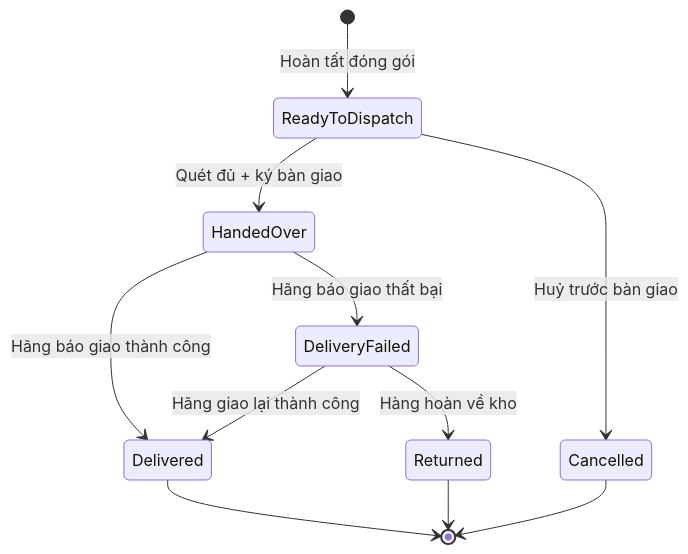
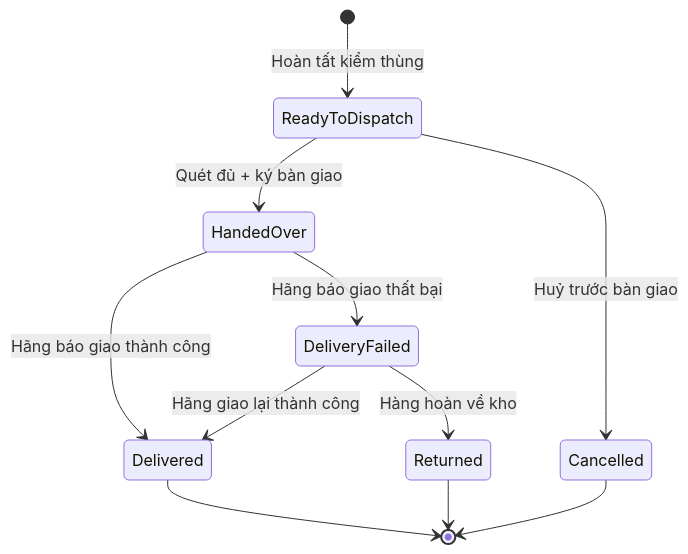
The first of 3 diagrams in docs/warehouse/09-shipping/README.md (KLTN-FA26/docs), drawn with Mermaid before and after one commit. The commit also changed other lines of this file and 26 other files, not shown here.

````diff
--- a/docs/warehouse/09-shipping/README.md
+++ b/docs/warehouse/09-shipping/README.md
@@ -226,13 +239,13 @@
 ```mermaid
 stateDiagram-v2
-    [*] --> ReadyToDispatch: Hoàn tất đóng gói
+    [*] --> ReadyToDispatch: Hoàn tất kiểm thùng
     ReadyToDispatch --> HandedOver: Quét đủ + ký bàn giao
     ReadyToDispatch --> Cancelled: Huỷ trước bàn giao
     HandedOver --> Delivered: Hãng báo giao thành công
     HandedOver --> DeliveryFailed: Hãng báo giao thất bại
     DeliveryFailed --> Delivered: Hãng giao lại thành công
     DeliveryFailed --> Returned: Hàng hoàn về kho
     Delivered --> [*]
     Returned --> [*]
     Cancelled --> [*]
 ```
````
